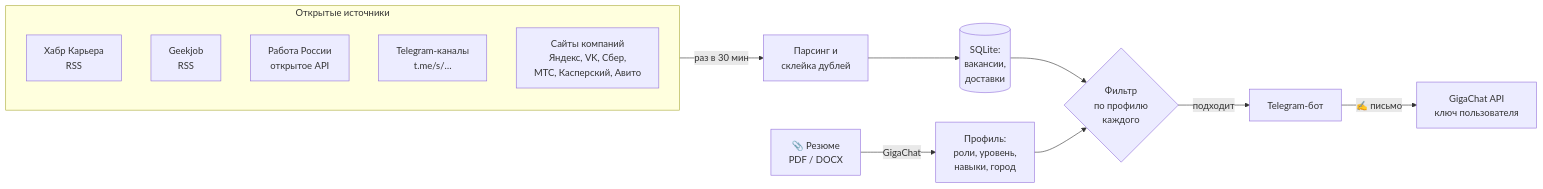
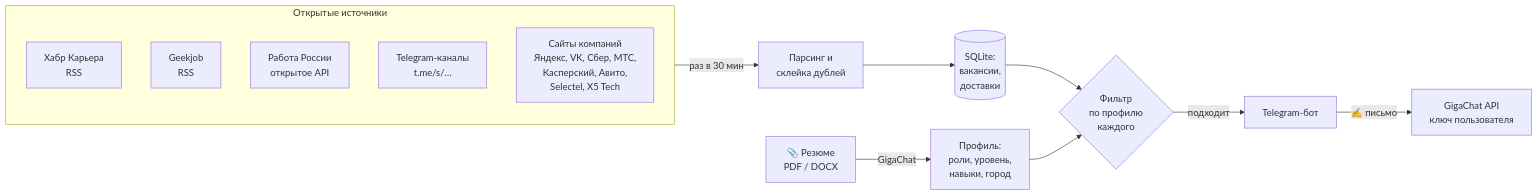
One commit to RealPycuk/job-watch changed the first of 2 diagrams in README.md. Above: the diagram before and after it, drawn with Mermaid. The commit also changed other lines of this file, not shown here.

````diff
--- a/README.md
+++ b/README.md
@@ -40,17 +40,17 @@
 ```mermaid
 flowchart LR
     subgraph src [Открытые источники]
         H[Хабр Карьера<br/>RSS]
         G[Geekjob<br/>RSS]
         T[Работа России<br/>открытое API]
         C[Telegram-каналы<br/>t.me/s/…]
-        K[Сайты компаний<br/>Яндекс, VK, Сбер,<br/>МТС, Касперский, Авито]
+        K[Сайты компаний<br/>Яндекс, VK, Сбер, МТС,<br/>Касперский, Авито,<br/>Selectel, X5 Tech]
     end
     src -->|раз в 30 мин| P[Парсинг и<br/>склейка дублей]
     P --> DB[(SQLite:<br/>вакансии,<br/>доставки)]
     DB --> F{Фильтр<br/>по профилю<br/>каждого}
     F -->|подходит| B[Telegram-бот]
     B -->|✍️ письмо| L[GigaChat API<br/>ключ пользователя]
     R[📎 Резюме<br/>PDF / DOCX] -->|GigaChat| PR[Профиль:<br/>роли, уровень,<br/>навыки, город]
     PR --> F
 ```
````
